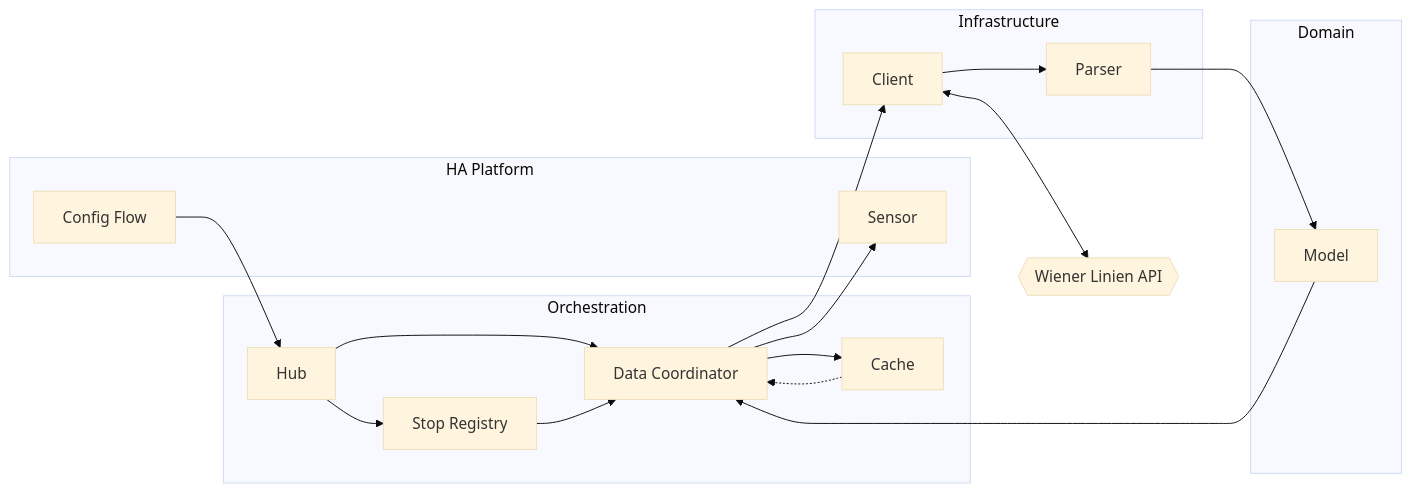
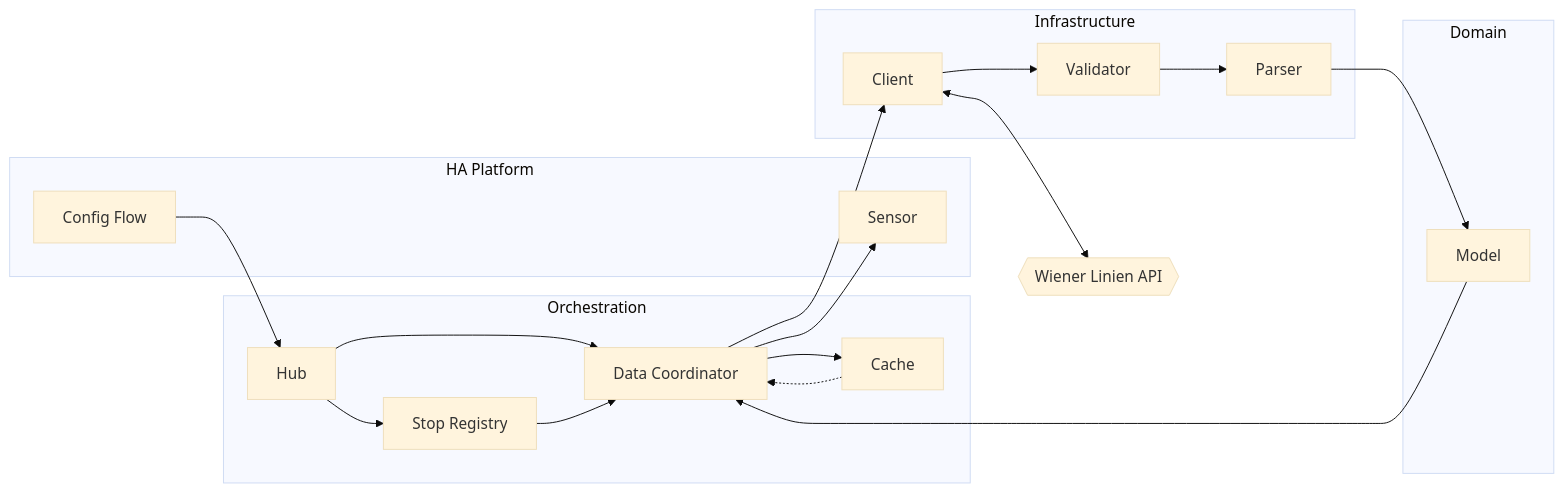
The diagram in custom_components/vienna_transport/ARCHITECTURE.md (pslowak/vienna-transport-ha), drawn with Mermaid (base theme) before and after one commit. The commit also changed other lines of this file and 12 other files, not shown here.

````diff
--- a/custom_components/vienna_transport/ARCHITECTURE.md
+++ b/custom_components/vienna_transport/ARCHITECTURE.md
@@ -28,38 +28,40 @@
 ```mermaid
 flowchart LR
     subgraph Platform ["HA Platform"]
         CF2["Config Flow"]
         S2["Sensor"]
     end
 
     subgraph Orchestration ["Orchestration"]
         H2["Hub"]
         C2["Data Coordinator"]
         R2["Stop Registry"]
         K2["Cache"]
     end
 
     subgraph Infrastructure ["Infrastructure"]
         CL2["Client"]
+        V2["Validator"]
         P2["Parser"]
     end
 
     subgraph Domain ["Domain"]
         M2["Model"]
     end
 
     API2{{"Wiener Linien API"}}
 
     CF2 --> H2
     H2 --> C2
     H2 --> R2
     R2 --> C2
     C2 --> CL2
     CL2 <--> API2
-    CL2 --> P2
+    CL2 --> V2
+    V2 --> P2
     P2 --> M2
     M2 --> C2
     C2 --> S2
     C2 --> K2
     K2 -.-> C2
 ```
````
